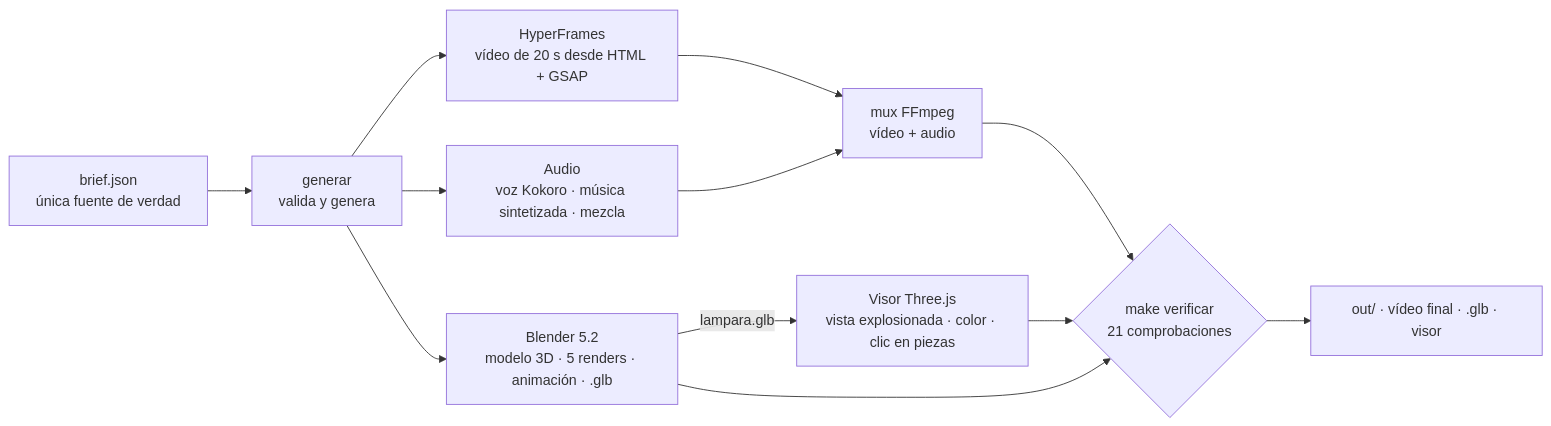
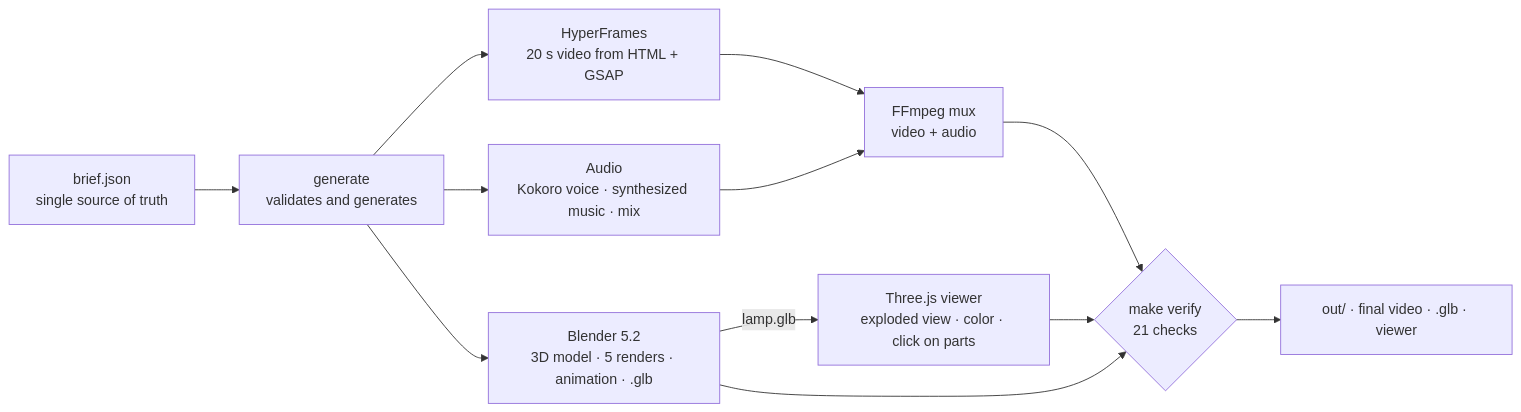
One commit to 100FOUNTS/brief-to-3d-video-pipeline changed the diagram in README.md. Above: the diagram before and after it, drawn with Mermaid. The commit also changed other lines of this file and 161 other files, not shown here.

````diff
--- a/README.md
+++ b/README.md
@@ -19,14 +21,14 @@
 ```mermaid
 flowchart LR
-    B[brief.json<br/>única fuente de verdad] --> G[generar<br/>valida y genera]
-    G --> BL[Blender 5.2<br/>modelo 3D · 5 renders · animación · .glb]
-    G --> HF[HyperFrames<br/>vídeo de 20 s desde HTML + GSAP]
-    G --> AU[Audio<br/>voz Kokoro · música sintetizada · mezcla]
-    BL -->|lampara.glb| VW[Visor Three.js<br/>vista explosionada · color · clic en piezas]
-    HF --> MX[mux FFmpeg<br/>vídeo + audio]
+    B[brief.json<br/>single source of truth] --> G[generate<br/>validates and generates]
+    G --> BL[Blender 5.2<br/>3D model · 5 renders · animation · .glb]
+    G --> HF[HyperFrames<br/>20 s video from HTML + GSAP]
+    G --> AU[Audio<br/>Kokoro voice · synthesized music · mix]
+    BL -->|lamp.glb| VW[Three.js viewer<br/>exploded view · color · click on parts]
+    HF --> MX[FFmpeg mux<br/>video + audio]
     AU --> MX
-    MX --> V{make verificar<br/>21 comprobaciones}
+    MX --> V{make verify<br/>21 checks}
     VW --> V
     BL --> V
-    V --> OUT[out/ · vídeo final · .glb · visor]
+    V --> OUT[out/ · final video · .glb · viewer]
 ```
````
